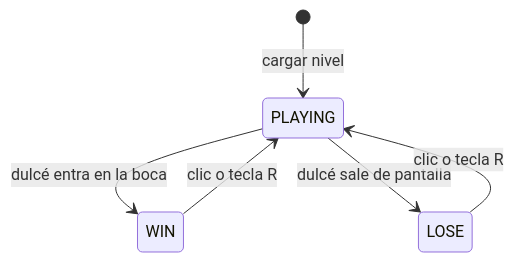
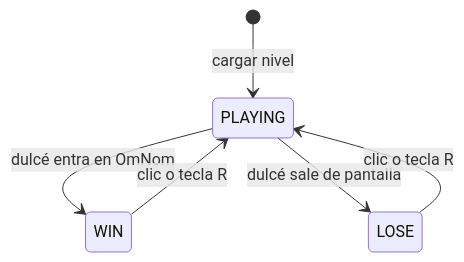
The second of 4 diagrams in docs/arquitectura-mvp.md (ShryhakAkizuki/Cut_The_Rope-Visual_Computing_2026-II), drawn with Mermaid before and after one commit. The commit also changed other lines of this file and 8 other files, not shown here.

````diff
--- a/docs/arquitectura-mvp.md
+++ b/docs/arquitectura-mvp.md
@@ -99,8 +99,8 @@
 ```mermaid
 stateDiagram-v2
     [*] --> PLAYING : cargar nivel
-    PLAYING --> WIN : dulcé entra en la boca
+    PLAYING --> WIN : dulcé entra en OmNom
     PLAYING --> LOSE : dulcé sale de pantalla
     WIN --> PLAYING : clic o tecla R
     LOSE --> PLAYING : clic o tecla R
 ```
````
